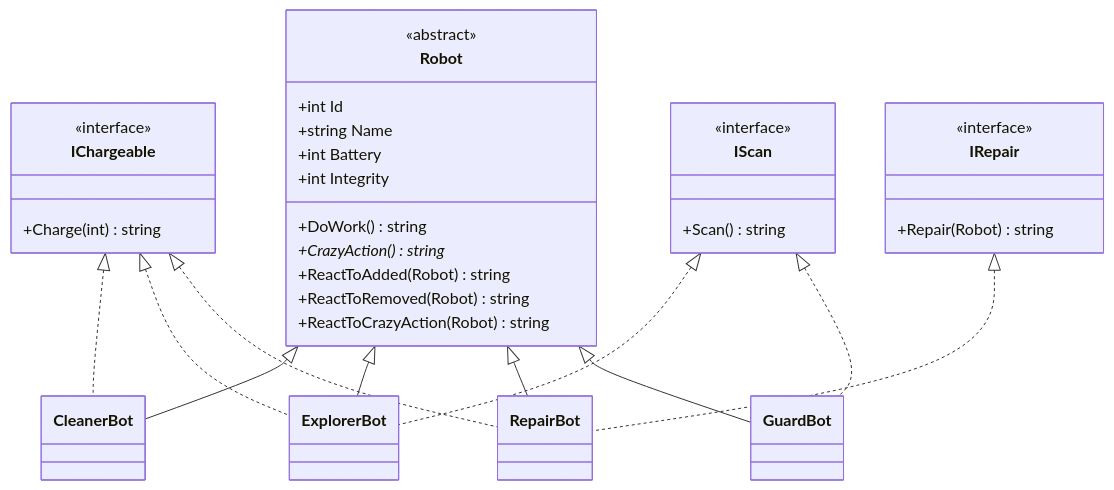
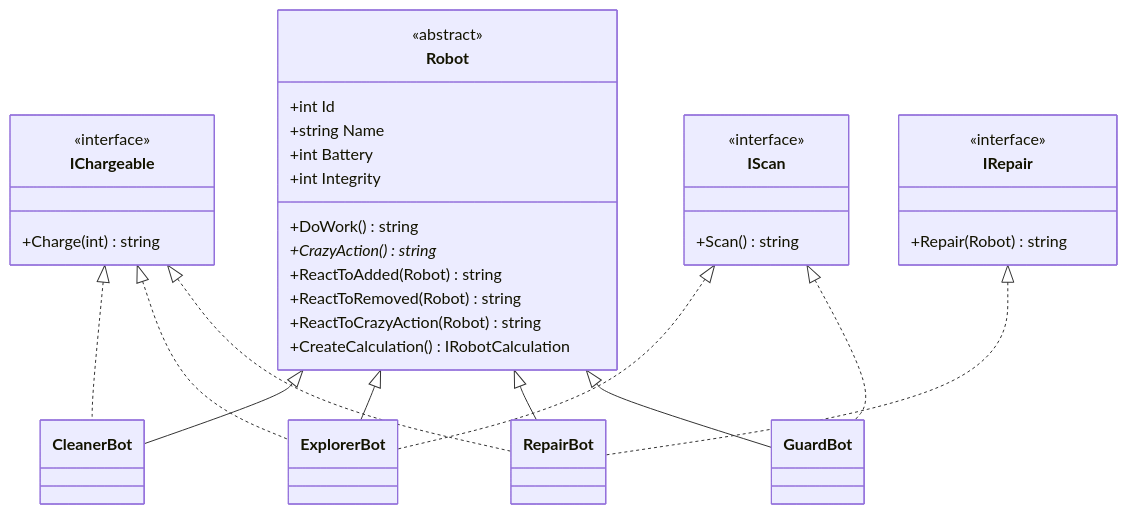
The first of 4 diagrams in README.md (mkotkov/RobotPlanet), drawn with Mermaid before and after one commit. The commit also changed other lines of this file and 4 other files, not shown here.

````diff
--- a/README.md
+++ b/README.md
@@ -85,39 +94,40 @@
 ```mermaid
 classDiagram
     class Robot {
         <<abstract>>
         +int Id
         +string Name
         +int Battery
         +int Integrity
         +DoWork() string
         +CrazyAction() string*
         +ReactToAdded(Robot) string
         +ReactToRemoved(Robot) string
         +ReactToCrazyAction(Robot) string
+        +CreateCalculation() IRobotCalculation
     }
     class IChargeable {
         <<interface>>
         +Charge(int) string
     }
     class IScan {
         <<interface>>
         +Scan() string
     }
     class IRepair {
         <<interface>>
         +Repair(Robot) string
     }
 
     Robot <|-- CleanerBot
     Robot <|-- ExplorerBot
     Robot <|-- RepairBot
     Robot <|-- GuardBot
 
     IChargeable <|.. CleanerBot
     IChargeable <|.. ExplorerBot
     IScan <|.. ExplorerBot
     IChargeable <|.. RepairBot
     IRepair <|.. RepairBot
     IScan <|.. GuardBot
 ```
````
